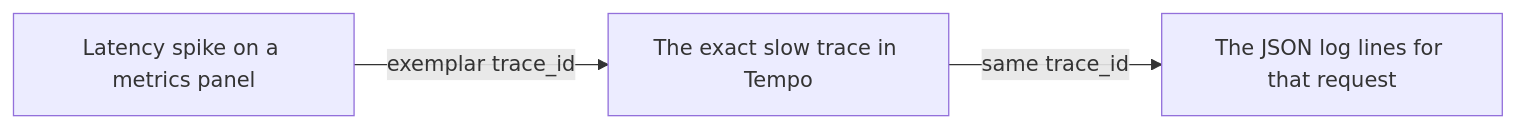
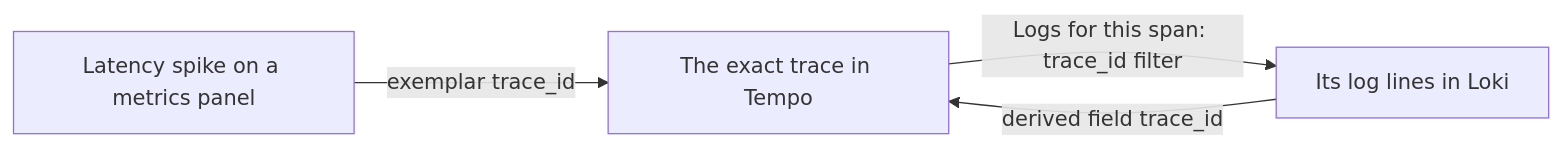
The second of 2 diagrams in README.md (AleBrito124356/observability-starter), drawn with Mermaid before and after one commit. The commit also changed other lines of this file and 17 other files, not shown here.

````diff
--- a/README.md
+++ b/README.md
@@ -52,5 +57,6 @@
 ```mermaid
 flowchart LR
-    spike[Latency spike on a metrics panel] -->|exemplar trace_id| span[The exact slow trace in Tempo]
-    span -->|same trace_id| line[The JSON log lines for that request]
+    spike[Latency spike on a metrics panel] -->|exemplar trace_id| span[The exact trace in Tempo]
+    span -->|Logs for this span: trace_id filter| line[Its log lines in Loki]
+    line -->|derived field trace_id| span
 ```
````
